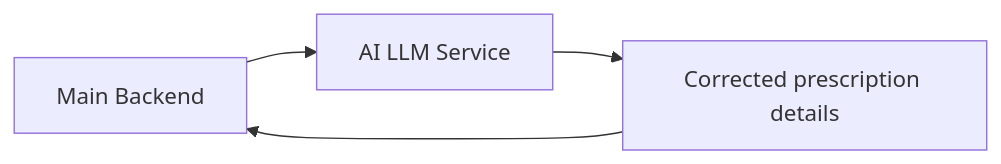
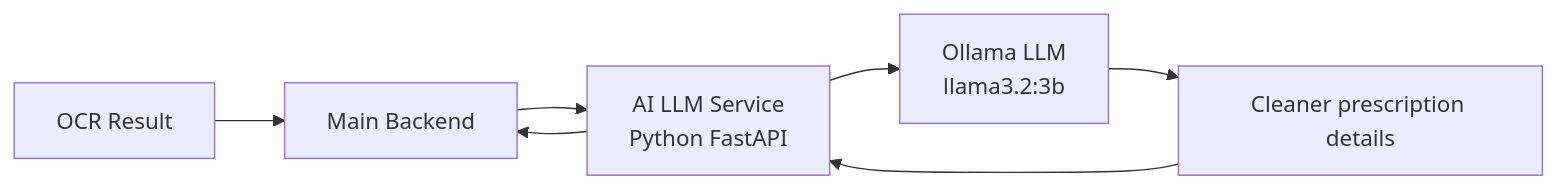
One commit to Choeng-Rayu/das-tern changed the diagram in docs/architectures/ai-llm-service.md. Above: the diagram before and after it, drawn with Mermaid. The commit also changed other lines of this file and 11 other files, not shown here.

Commit message:
add add docs for architecture

````diff
--- a/docs/architectures/ai-llm-service.md
+++ b/docs/architectures/ai-llm-service.md
@@ -5,6 +3,9 @@
 ```mermaid
 flowchart LR
-    A[Main Backend] --> B[AI LLM Service]
-    B --> C[Corrected prescription details]
-    C --> A
+    OCR[OCR Result] --> BE[Main Backend]
+    BE --> AI[AI LLM Service<br/>Python FastAPI]
+    AI --> OLLAMA[Ollama LLM<br/>llama3.2:3b]
+    OLLAMA --> CLEAN[Cleaner prescription details]
+    CLEAN --> AI
+    AI --> BE
 ```
````
